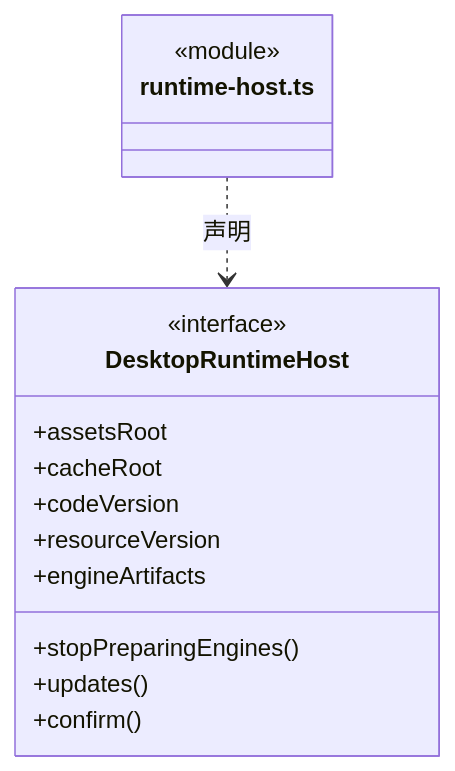
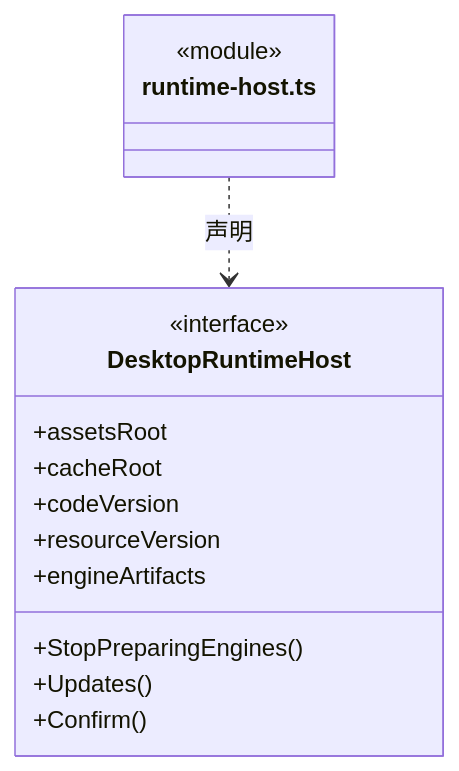
One commit to nan023062/cbim changed diagram 15 of 28 in src/logic/updates/service/ARCHITECTURE.md. Above: the diagram before and after it, drawn with Mermaid. The commit also changed other lines of this file and 1035 other files, not shown here.

````diff
--- a/src/logic/updates/service/ARCHITECTURE.md
+++ b/src/logic/updates/service/ARCHITECTURE.md
@@ -309,18 +309,18 @@
 ```mermaid
 classDiagram
 class N_src_logic_updates_service_runtime_host_ts["runtime-host.ts"] {
   <<module>>
 }
 class N_src_logic_updates_service_runtime_host_ts_DesktopRuntimeHost["DesktopRuntimeHost"] {
   <<interface>>
   +assetsRoot
   +cacheRoot
   +codeVersion
   +resourceVersion
   +engineArtifacts
-  +stopPreparingEngines()
-  +updates()
-  +confirm()
+  +StopPreparingEngines()
+  +Updates()
+  +Confirm()
 }
 N_src_logic_updates_service_runtime_host_ts ..> N_src_logic_updates_service_runtime_host_ts_DesktopRuntimeHost : 声明
 ```
````
